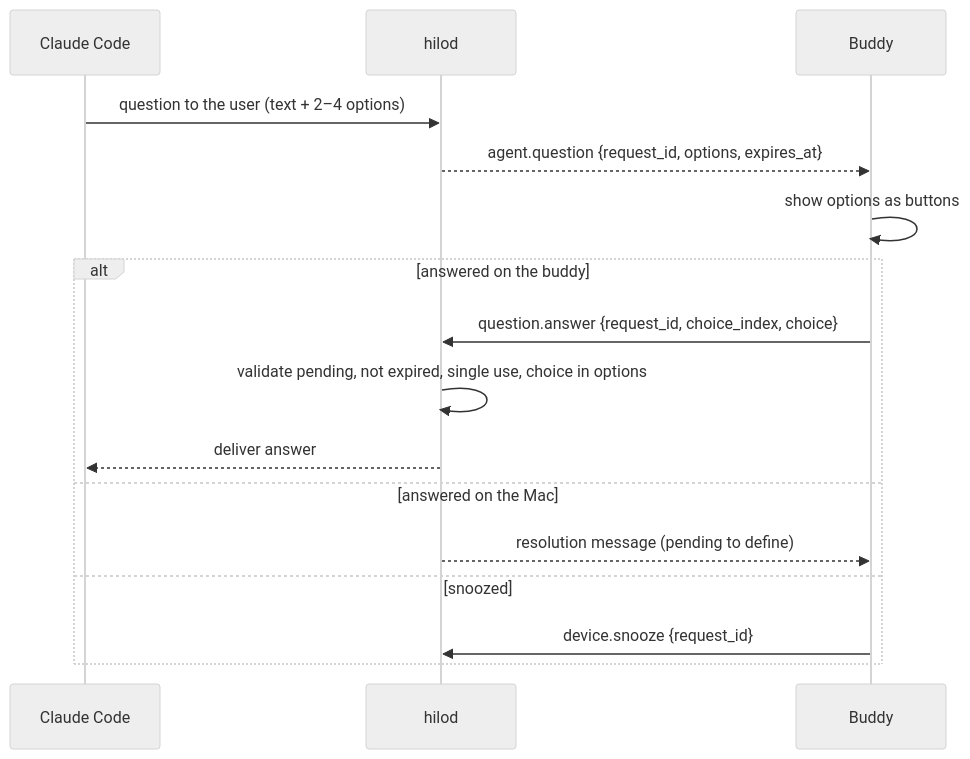
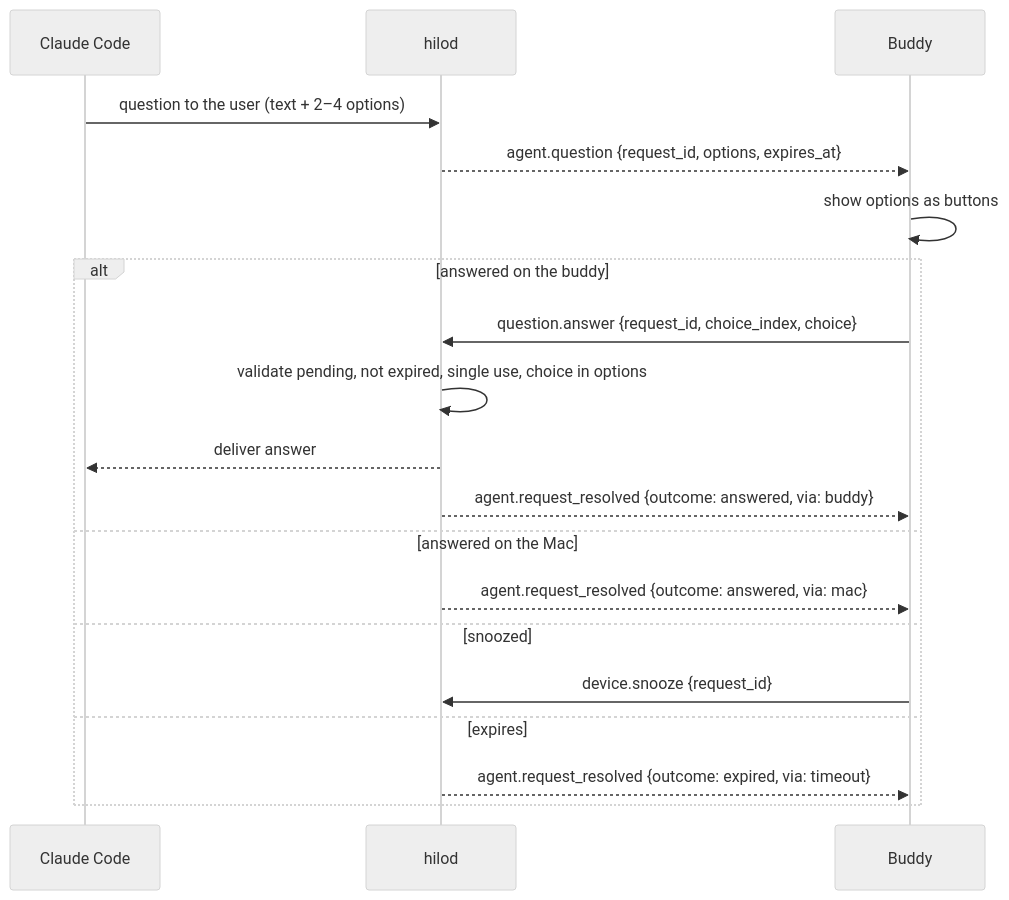
Before and after one commit to jaycorpstudios/clawd-body: the diagram in docs/flows/question-flow.md, drawn with Mermaid (neutral theme). The commit also changed other lines of this file and 83 other files, not shown here.

````diff
--- a/docs/flows/question-flow.md
+++ b/docs/flows/question-flow.md
@@ -3,19 +3,22 @@
 ```mermaid
 sequenceDiagram
     participant CC as Claude Code
     participant D as hilod
     participant B as Buddy
 
     CC->>D: question to the user (text + 2–4 options)
     D-->>B: agent.question {request_id, options, expires_at}
     B->>B: show options as buttons
     alt answered on the buddy
         B->>D: question.answer {request_id, choice_index, choice}
         D->>D: validate pending, not expired, single use, choice in options
         D-->>CC: deliver answer
+        D-->>B: agent.request_resolved {outcome: answered, via: buddy}
     else answered on the Mac
-        D-->>B: resolution message (pending to define)
+        D-->>B: agent.request_resolved {outcome: answered, via: mac}
     else snoozed
         B->>D: device.snooze {request_id}
+    else expires
+        D-->>B: agent.request_resolved {outcome: expired, via: timeout}
     end
 ```
````
